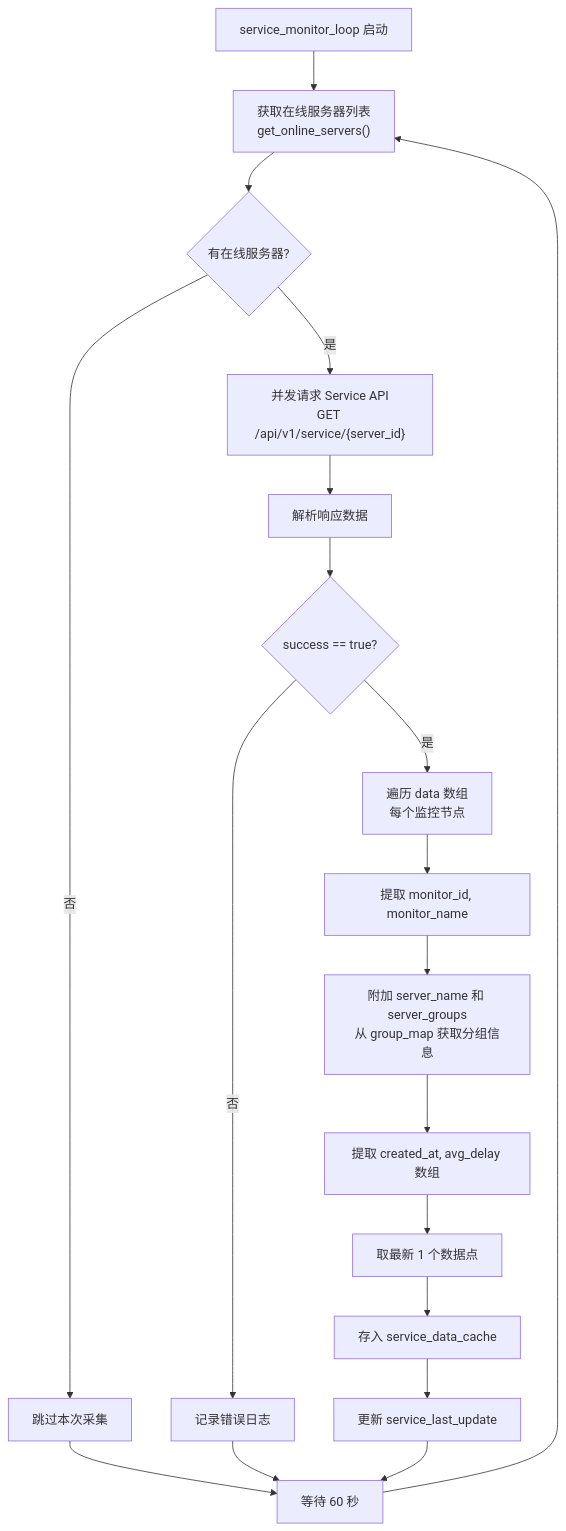
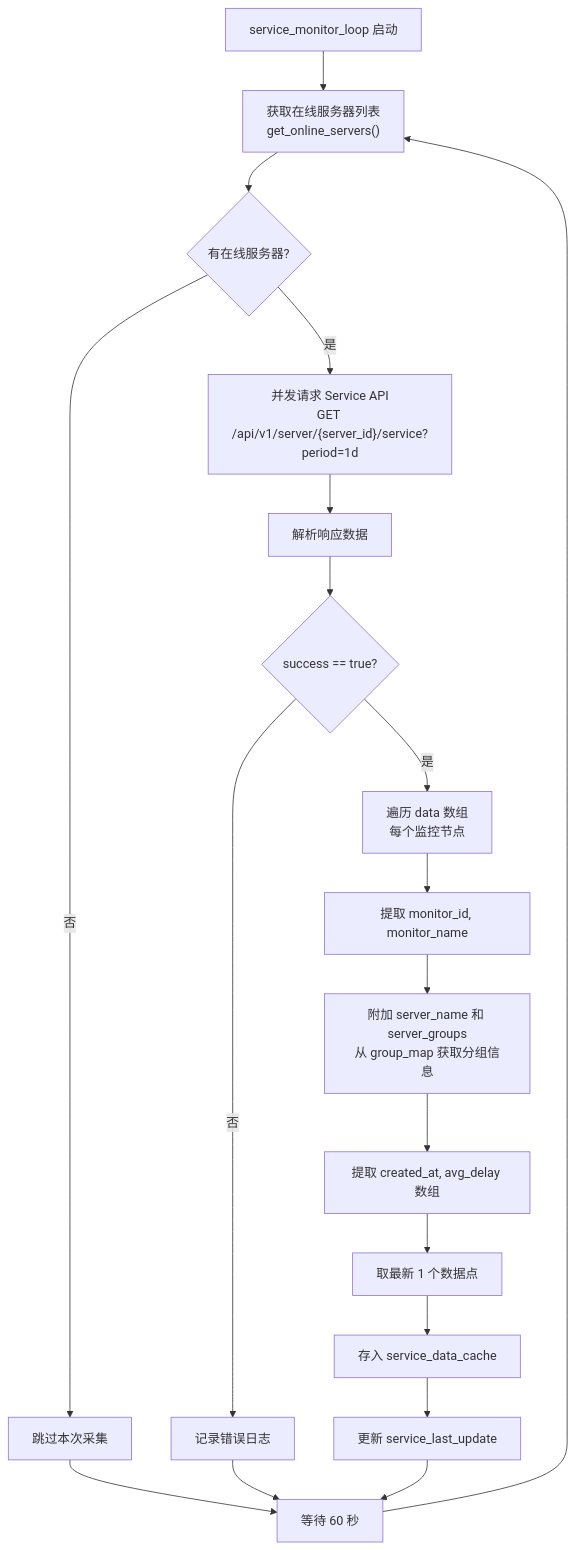
Before and after one commit to Moeyuuko/nezhaV1-exporter: the seventh of 9 diagrams in nezha-exporter.md, drawn with Mermaid. The commit also changed 3 other files, not shown here.

Commit message:
fix: update SERVICE_URL from api/v1/service to api/v1/server/{id}/service?period=1d

````diff
--- a/nezha-exporter.md
+++ b/nezha-exporter.md
@@ -204,21 +204,21 @@
 ```mermaid
 flowchart TD
     A["service_monitor_loop 启动"] --> B["获取在线服务器列表<br/>get_online_servers()"]
     B --> C{"有在线服务器?"}
     C -- "否" --> D["跳过本次采集"]
-    C -- "是" --> E["并发请求 Service API<br/>GET /api/v1/service/{server_id}"]
+    C -- "是" --> E["并发请求 Service API<br/>GET /api/v1/server/{server_id}/service?period=1d"]
     E --> F["解析响应数据"]
     F --> G{"success == true?"}
     G -- "否" --> H["记录错误日志"]
     G -- "是" --> I["遍历 data 数组<br/>每个监控节点"]
     I --> J["提取 monitor_id, monitor_name"]
     J --> J1["附加 server_name 和 server_groups<br/>从 group_map 获取分组信息"]
     J1 --> K["提取 created_at, avg_delay 数组"]
     K --> L["取最新 1 个数据点"]
     L --> M["存入 service_data_cache"]
     M --> N["更新 service_last_update"]
     H --> O["等待 60 秒"]
     D --> O
     N --> O
     O --> B
 ```
````
